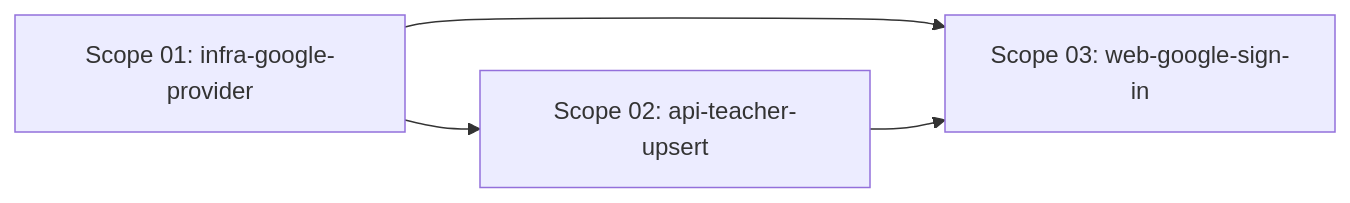
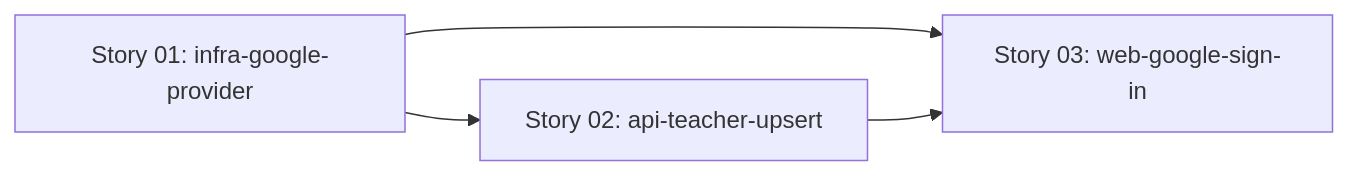
One commit to cmartinezs/grade-ops-ai changed the diagram in .planning/finished/002-google-sign-in/01-expansion.md. Above: the diagram before and after it, drawn with Mermaid. The commit also changed other lines of this file and 233 other files, not shown here.

````diff
--- a/.planning/finished/002-google-sign-in/01-expansion.md
+++ b/.planning/finished/002-google-sign-in/01-expansion.md
@@ -20,6 +20,6 @@
 ```mermaid
 flowchart LR
-    S01[Scope 01: infra-google-provider] --> S02[Scope 02: api-teacher-upsert]
-    S01 --> S03[Scope 03: web-google-sign-in]
+    S01[Story 01: infra-google-provider] --> S02[Story 02: api-teacher-upsert]
+    S01 --> S03[Story 03: web-google-sign-in]
     S02 --> S03
 ```
````
